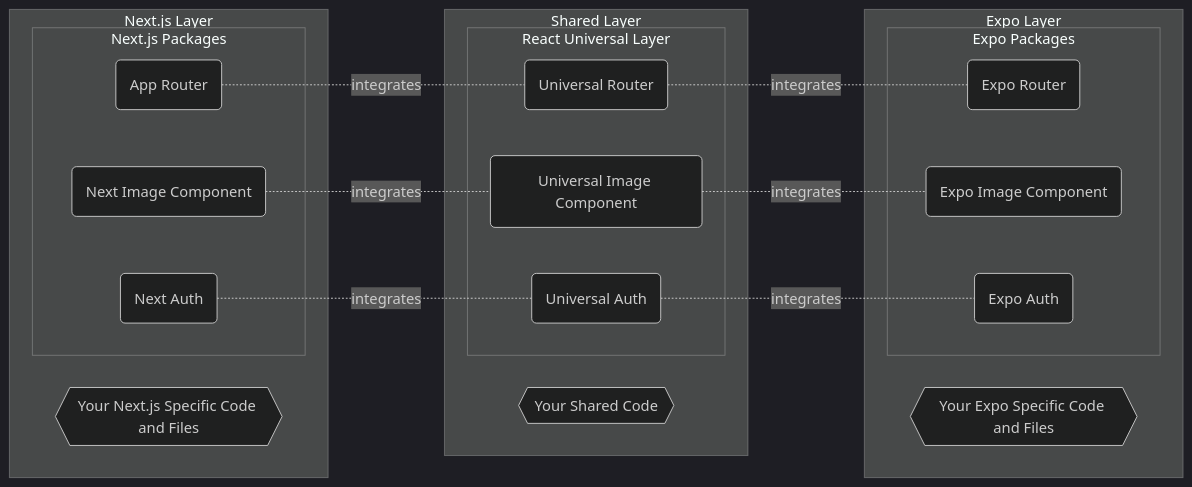
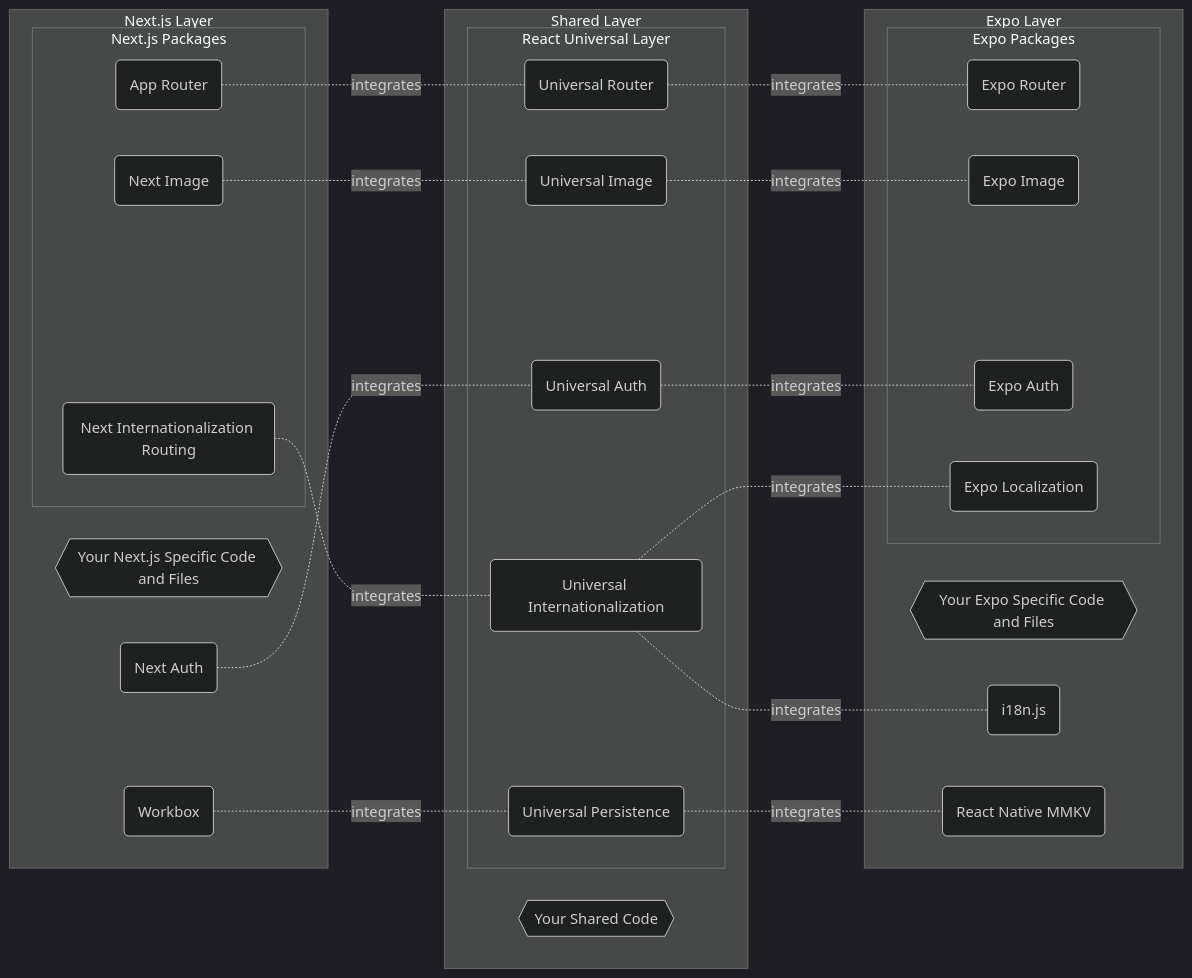
One commit to gloredo/react-blend changed the diagram in README.md. Above: the diagram before and after it, drawn with Mermaid (dark theme). The commit also changed other lines of this file, not shown here.

````diff
--- a/README.md
+++ b/README.md
@@ -54,49 +56,66 @@
 ```mermaid
 graph LR
 
 next-specific{{Your Next.js Specific Code and Files}}
 app-router(App Router)
-next-image(Next Image Component)
+next-image(Next Image)
 next-auth(Next Auth)
+next-i18n(Next Internationalization Routing)
+workbox(Workbox)
 
 expo-specific{{Your Expo Specific Code and Files}}
 expo-router(Expo Router)
-expo-image(Expo Image Component)
+expo-image(Expo Image)
 expo-auth(Expo Auth)
+expo-localization(Expo Localization)
+i18n-js(i18n.js)
+rn-mmkv(React Native MMKV)
 
 shared-code{{Your Shared Code}}
 rul-router(Universal Router)
-rul-image(Universal Image Component)
+rul-image(Universal Image)
 rul-auth(Universal Auth)
+rul-internationalization(Universal Internationalization)
+rul-persistence(Universal Persistence)
 
 subgraph Next.js Layer
     next-specific
     subgraph Next.js Packages
         app-router
         next-image
-        next-auth
+        next-i18n
     end
+    next-auth
+    workbox
 end
 
 subgraph Expo Layer
     expo-specific
     subgraph Expo Packages
         expo-router
         expo-image
         expo-auth
+        expo-localization
     end
+    i18n-js
+    rn-mmkv
 end
 
 subgraph Shared Layer
     shared-code
     subgraph React Universal Layer
         rul-router
         rul-image
         rul-auth
+        rul-internationalization
+        rul-persistence
     end
 end
 
 app-router -. integrates .- rul-router -. integrates .- expo-router
 next-image -. integrates .- rul-image -. integrates .- expo-image
 next-auth -. integrates .- rul-auth -. integrates .- expo-auth
+next-i18n -. integrates .- rul-internationalization -. integrates .- expo-localization
+rul-internationalization -. integrates .- i18n-js
+workbox -. integrates .- rul-persistence -. integrates .- rn-mmkv
 ```
````
